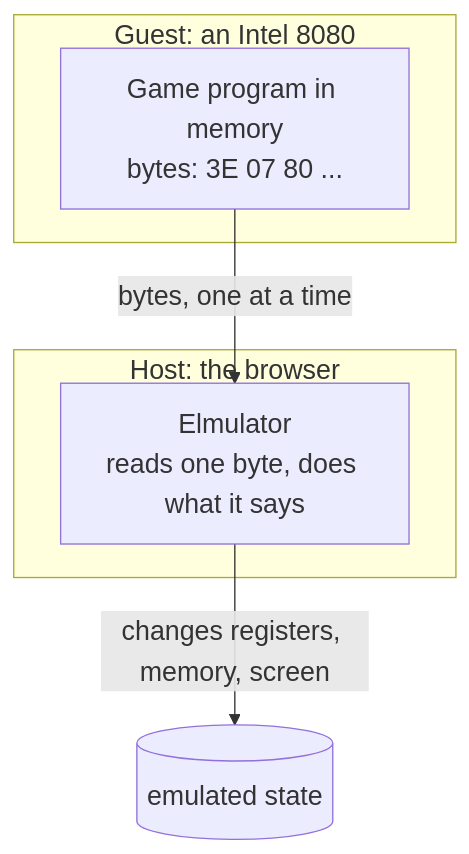
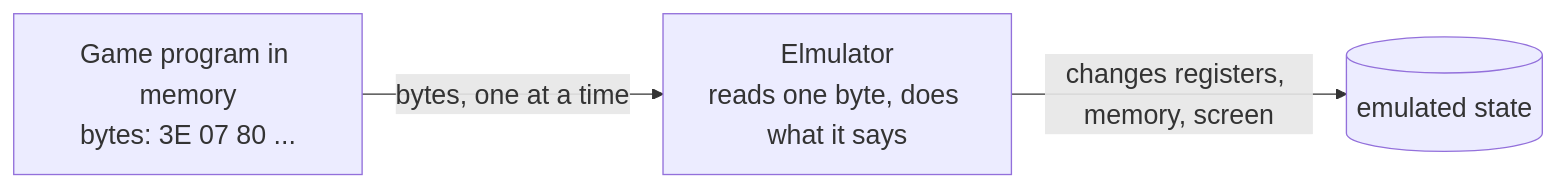
Before and after one commit to SamuelBucheliZ/elmulator: the first of 11 diagrams in slides/slides.md, drawn with Mermaid. The commit also changed other lines of this file and 1 other file, not shown here.

````diff
--- a/slides/slides.md
+++ b/slides/slides.md
@@ -106,12 +112,6 @@
 ```mermaid
 %%{init: {'themeVariables': {'fontSize': '20px'}}}%%
-flowchart TB
-    subgraph host[Host: the browser]
-        E[Elmulator<br/>reads one byte, does what it says]
-    end
-    subgraph guest[Guest: an Intel 8080]
-        P[Game program in memory<br/>bytes: 3E 07 80 ...]
-    end
-    P -->|bytes, one at a time| E
+flowchart LR
+    P[Game program in memory<br/>bytes: 3E 07 80 ...] -->|bytes, one at a time| E[Elmulator<br/>reads one byte, does what it says]
     E -->|changes registers, memory, screen| S[(emulated state)]
 ```
````
